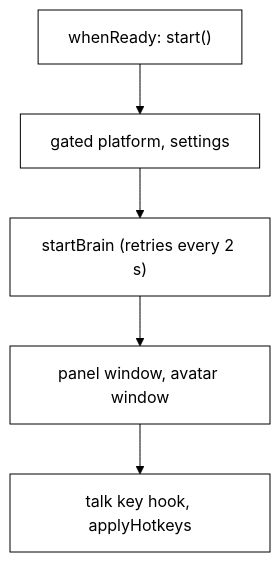
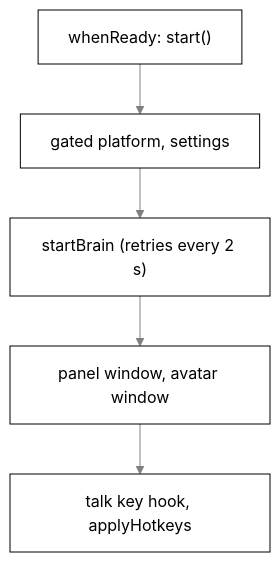
One commit to nadeem4/tagalong changed the diagram in docs/desktop.md. Above: the diagram before and after it, drawn with Mermaid. The commit also changed 8 other files, not shown here.

Commit message:
docs: one diagram palette, grey arrows and labels readable in dark mode

````diff
--- a/docs/desktop.md
+++ b/docs/desktop.md
@@ -86,8 +86,8 @@
 ```mermaid
-%%{init: {'theme':'base','themeVariables':{'primaryColor':'#ffffff','primaryTextColor':'#000000','primaryBorderColor':'#000000','lineColor':'#000000'}}}%%
+%%{init: {"theme": "base", "themeVariables": {"primaryColor": "#ffffff", "primaryTextColor": "#000000", "primaryBorderColor": "#000000", "lineColor": "#808080", "arrowheadColor": "#808080", "secondaryColor": "#f2f2f2", "tertiaryColor": "#ffffff", "clusterBkg": "#f7f7f7", "clusterBorder": "#808080", "edgeLabelBackground": "#ffffff", "titleColor": "#808080", "actorBkg": "#ffffff", "actorBorder": "#000000", "actorTextColor": "#000000", "actorLineColor": "#808080", "signalColor": "#808080", "signalTextColor": "#808080", "sequenceNumberColor": "#ffffff", "labelBoxBkgColor": "#ffffff", "labelBoxBorderColor": "#808080", "labelTextColor": "#000000", "loopTextColor": "#808080", "noteBkgColor": "#f7f7f7", "noteBorderColor": "#808080", "noteTextColor": "#000000", "activationBkgColor": "#f7f7f7", "activationBorderColor": "#808080", "fontFamily": "Segoe UI, Helvetica, Arial, sans-serif"}}}%%
 flowchart TD
   A["whenReady: start()"] --> B["gated platform, settings"]
   B --> C["startBrain (retries every 2 s)"]
   C --> E["panel window, avatar window"]
   E --> F["talk key hook, applyHotkeys"]
 ```
````
